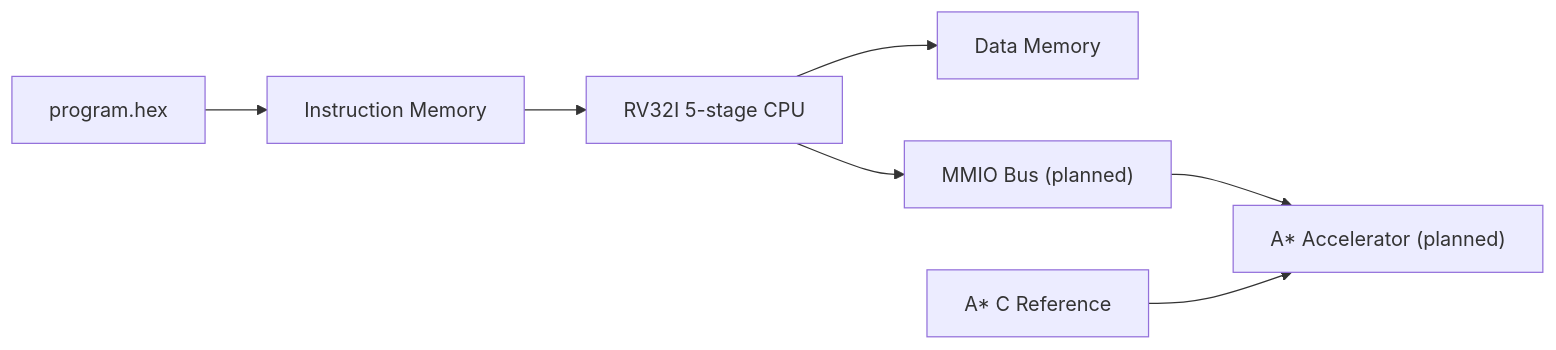
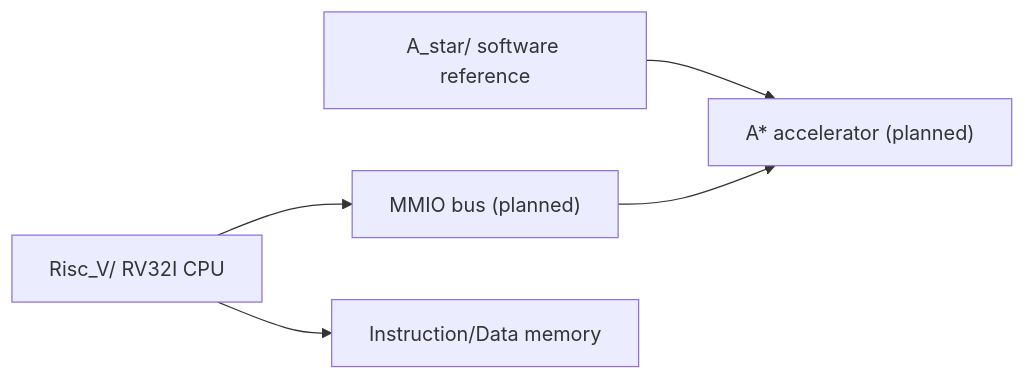
One commit to leenk0319-tech/rv32i-astar-accelerator changed the diagram in README.md. Above: the diagram before and after it, drawn with Mermaid. The commit also changed other lines of this file and 62 other files, not shown here.

````diff
--- a/README.md
+++ b/README.md
@@ -18,9 +12,7 @@
 ```mermaid
 flowchart LR
-    HEX["program.hex"] --> IMEM["Instruction Memory"]
-    IMEM --> CPU["RV32I 5-stage CPU"]
-    CPU --> DMEM["Data Memory"]
-    CPU --> BUS["MMIO Bus (planned)"]
-    BUS --> ACC["A* Accelerator (planned)"]
-    SW["A* C Reference"] --> ACC
+    A["A_star/ software reference"] --> ACC["A* accelerator (planned)"]
+    CPU["Risc_V/ RV32I CPU"] --> BUS["MMIO bus (planned)"]
+    BUS --> ACC
+    CPU --> MEM["Instruction/Data memory"]
 ```
````
